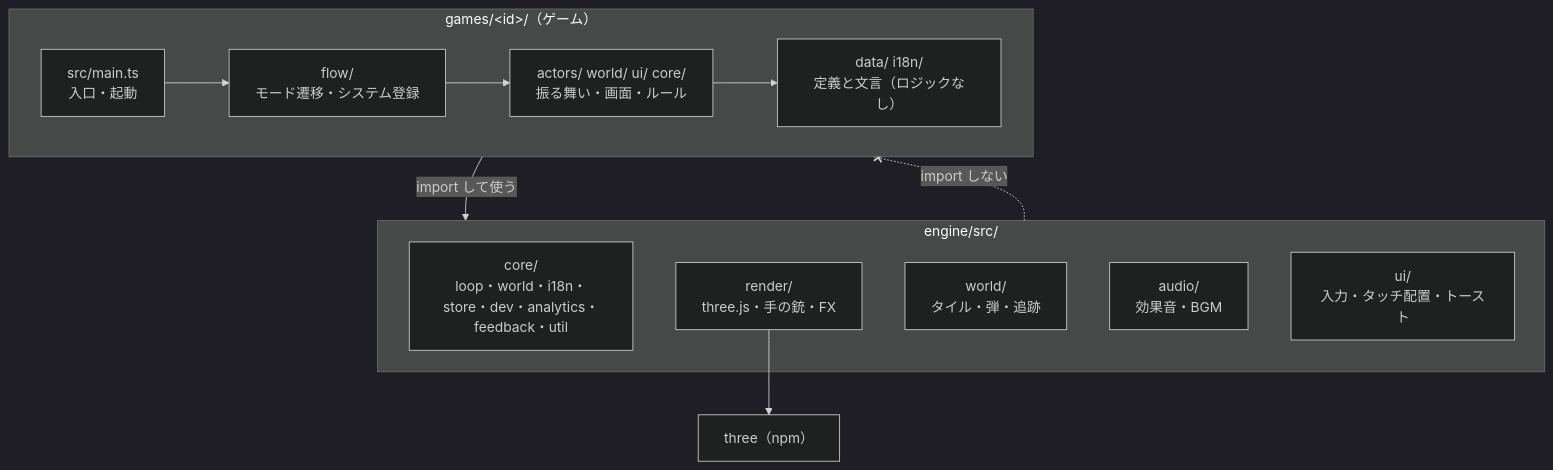
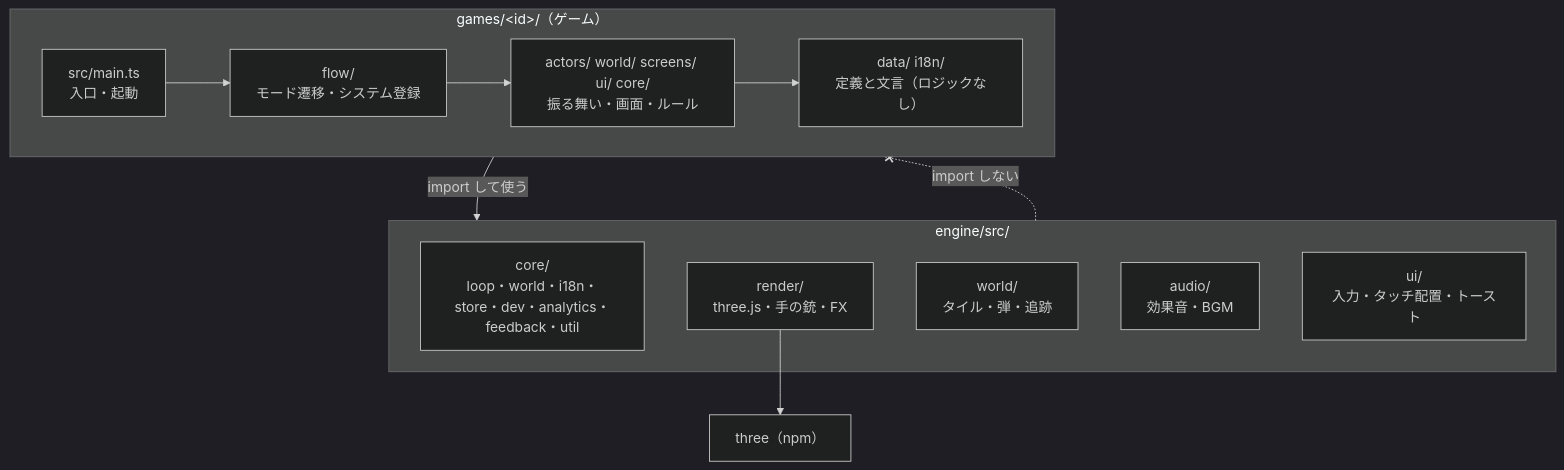
Before and after one commit to beatdjam/mini-games: the first of 5 diagrams in engine/ARCHITECTURE.md, drawn with Mermaid (dark theme). The commit also changed 21 other files, not shown here.

First line of the commit message:
flow/game.ts を、潜行の流れと画面ごとのファイルに分ける

````diff
--- a/engine/ARCHITECTURE.md
+++ b/engine/ARCHITECTURE.md
@@ -28,22 +28,22 @@
 ```mermaid
 flowchart TB
   subgraph GAME["games/&lt;id&gt;/（ゲーム）"]
     MAIN["src/main.ts<br/>入口・起動"]
     FLOW["flow/<br/>モード遷移・システム登録"]
-    ACT["actors/ world/ ui/ core/<br/>振る舞い・画面・ルール"]
+    ACT["actors/ world/ screens/ ui/ core/<br/>振る舞い・画面・ルール"]
     DATA["data/ i18n/<br/>定義と文言（ロジックなし）"]
   end
   subgraph ENGINE["engine/src/"]
     CORE["core/<br/>loop・world・i18n・store・dev・analytics・feedback・util"]
     REND["render/<br/>three.js・手の銃・FX"]
     WORLD["world/<br/>タイル・弾・追跡"]
     AUD["audio/<br/>効果音・BGM"]
     UI["ui/<br/>入力・タッチ配置・トースト"]
   end
   THREE["three（npm）"]
 
   MAIN --> FLOW --> ACT --> DATA
   GAME -- "import して使う" --> ENGINE
   ENGINE -. "import しない" .-x GAME
   REND --> THREE
 ```
````
